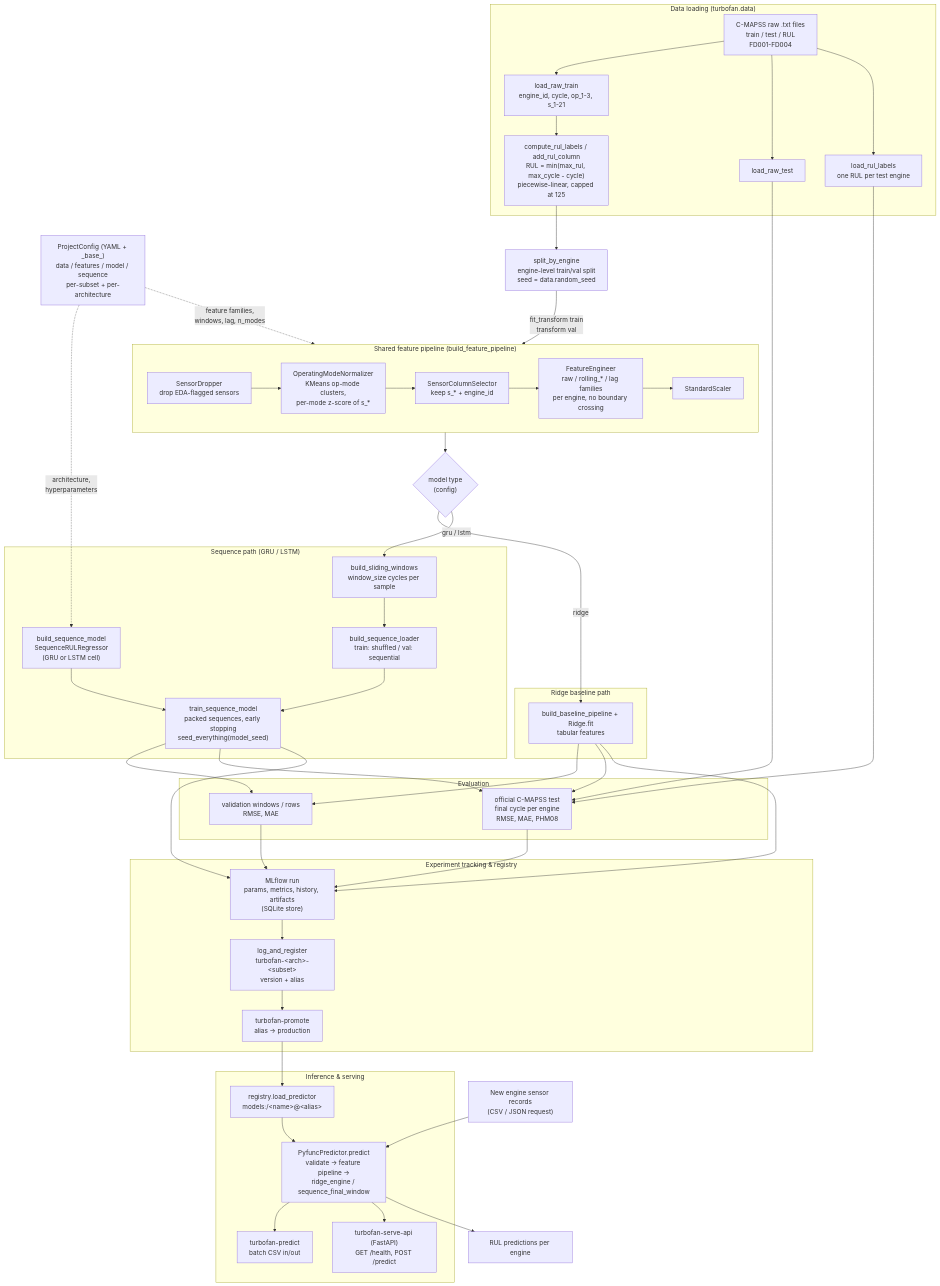
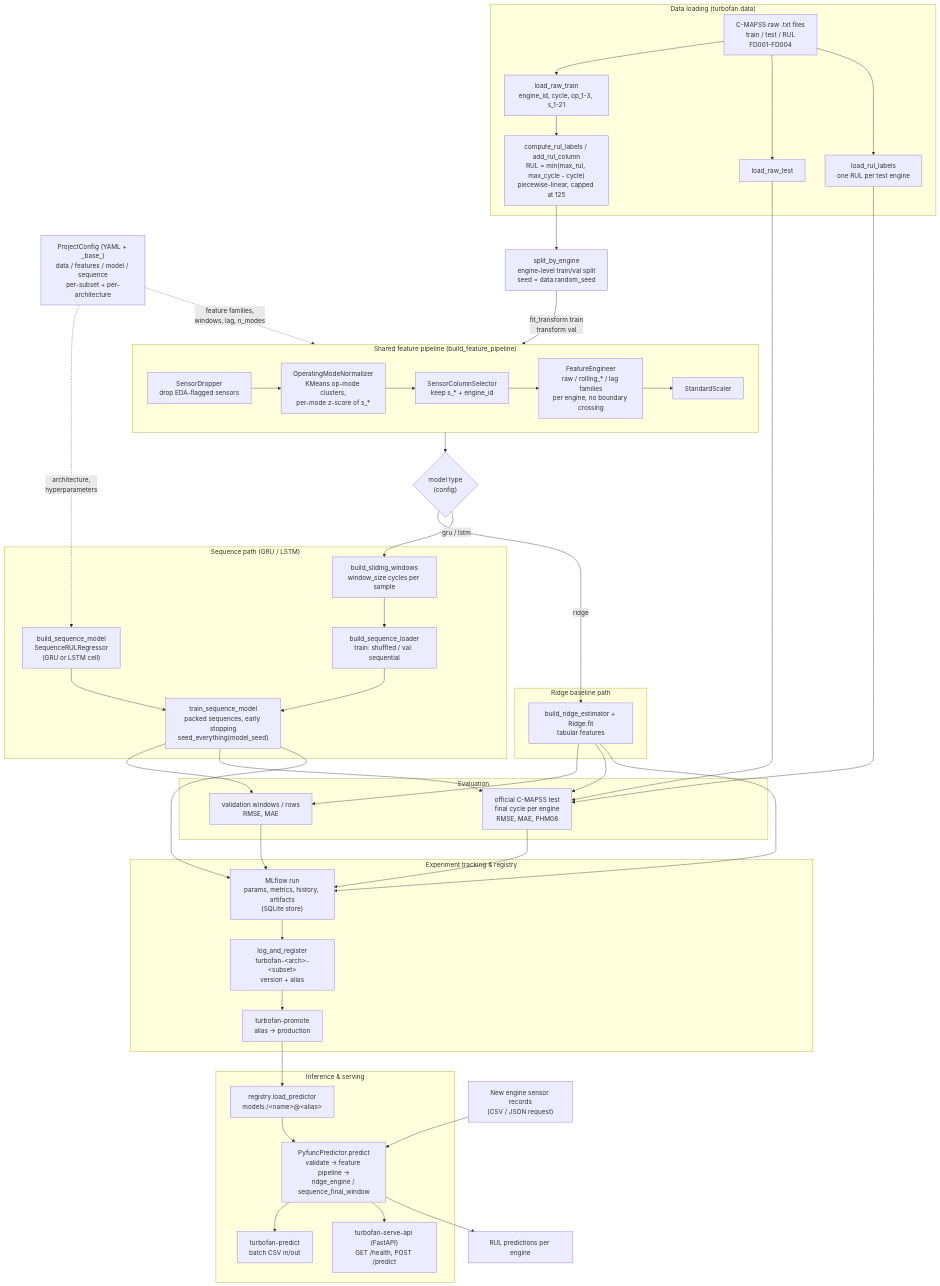
One commit to virgil-castillo/turbofan-rul-mlops changed the diagram in docs/pipeline_diagram.md. Above: the diagram before and after it, drawn with Mermaid. The commit also changed other lines of this file and 9 other files, not shown here.

First line of the commit message:
docs: refresh module diagrams for the boundary refactor

```diff
--- a/docs/pipeline_diagram.md
+++ b/docs/pipeline_diagram.md
@@ -48,7 +48,7 @@
 
     %% ---- Ridge path ----
     subgraph RIDGE["Ridge baseline path"]
-        RTRAIN["build_baseline_pipeline + Ridge.fit<br/>tabular features"]
+        RTRAIN["build_ridge_estimator + Ridge.fit<br/>tabular features"]
     end
     BRANCH -->|ridge| RTRAIN
 
```
